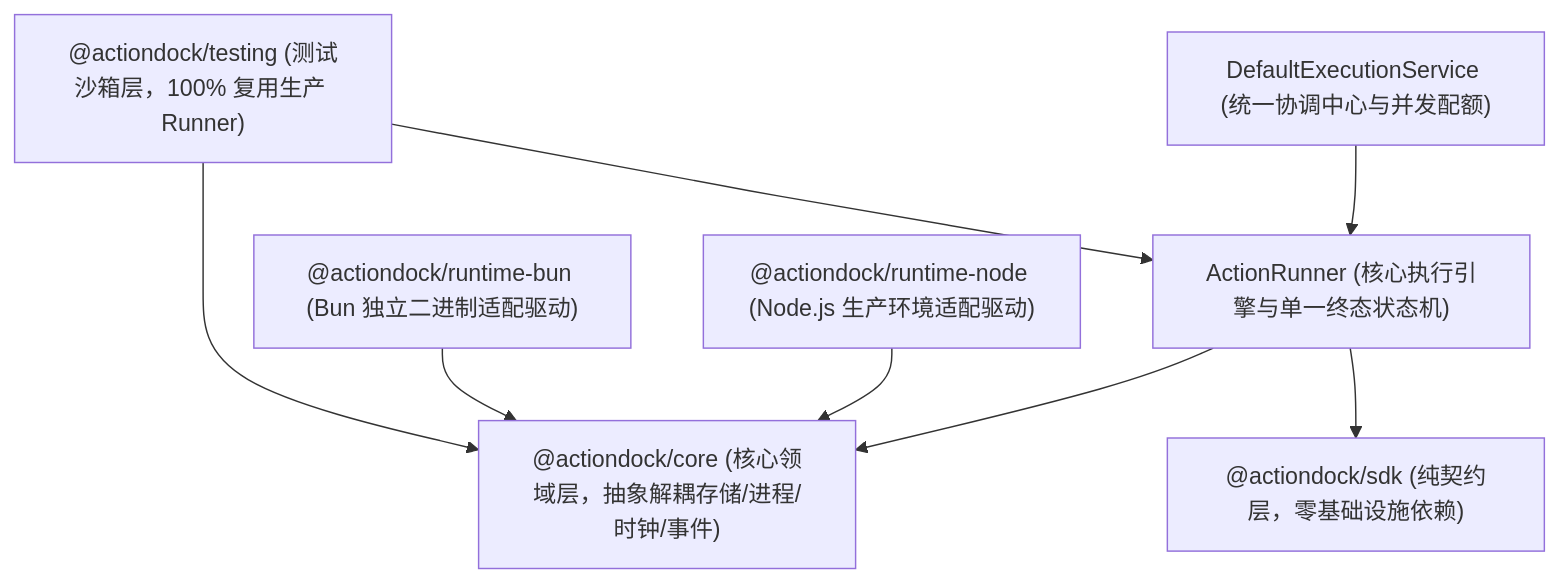
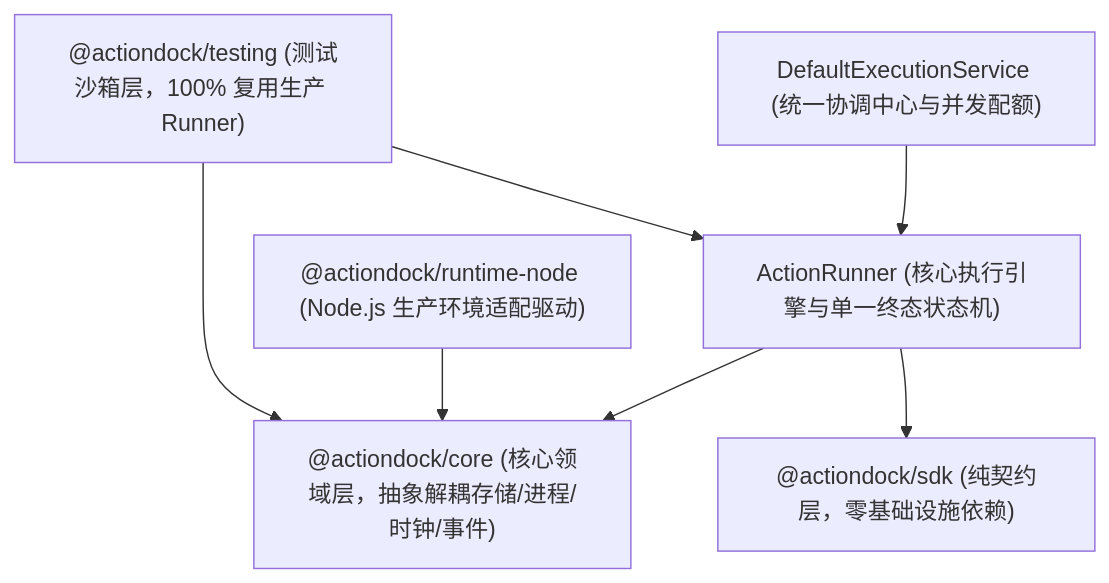
Before and after one commit to team4u/actiondock: the first of 2 diagrams in docs/architecture/runtime.md, drawn with Mermaid. The commit also changed other lines of this file and 28 other files, not shown here.

Commit message:
refactor: 彻底移除 packages/runtime-bun 并精简目标包分发与构建脚本

````diff
--- a/docs/architecture/runtime.md
+++ b/docs/architecture/runtime.md
@@ -11,18 +11,16 @@
 ```mermaid
 graph TD
     SDK["@actiondock/sdk (纯契约层，零基础设施依赖)"]
     CORE["@actiondock/core (核心领域层，抽象解耦存储/进程/时钟/事件)"]
     NODE["@actiondock/runtime-node (Node.js 生产环境适配驱动)"]
-    BUN["@actiondock/runtime-bun (Bun 独立二进制适配驱动)"]
     TEST["@actiondock/testing (测试沙箱层，100% 复用生产 Runner)"]
     SERVICE["DefaultExecutionService (统一协调中心与并发配额)"]
     RUNNER["ActionRunner (核心执行引擎与单一终态状态机)"]
 
     SERVICE --> RUNNER
     RUNNER --> CORE
     RUNNER --> SDK
     NODE --> CORE
-    BUN --> CORE
     TEST --> CORE
     TEST --> RUNNER
 ```
````
